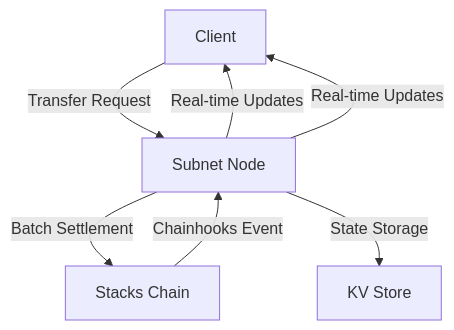
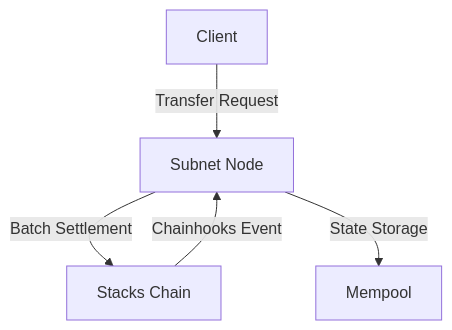
Before and after one commit to r0zar/blaze: the first of 3 diagrams in docs/ARCHITECTURE.md, drawn with Mermaid. The commit also changed other lines of this file and 10 other files, not shown here.

````diff
--- a/docs/ARCHITECTURE.md
+++ b/docs/ARCHITECTURE.md
@@ -9,9 +9,7 @@
 ```mermaid
 graph TD
     A[Client] -->|Transfer Request| B[Subnet Node]
-    B -->|Real-time Updates| A
     B -->|Batch Settlement| C[Stacks Chain]
     C -->|Chainhooks Event| B
-    B -->|State Storage| D[KV Store]
-    B -->|Real-time Updates| A
+    B -->|State Storage| D[Mempool]
 ```
````
